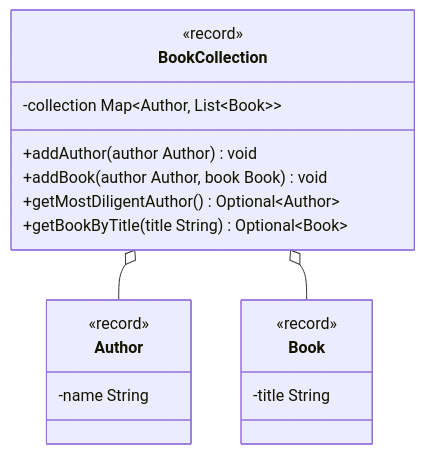
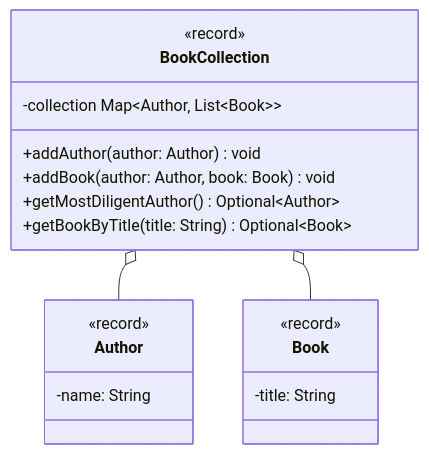
The diagram in docs/exercises/optionals/optionals01.md (jappuccini/java-docs), drawn with Mermaid before and after one commit. The commit also changed 76 other files, not shown here.

Commit message:
uml fixes (colons, properties), headline fixes (italic) and exam result updates

````diff
--- a/docs/exercises/optionals/optionals01.md
+++ b/docs/exercises/optionals/optionals01.md
@@ -14,24 +14,24 @@
 ```mermaid
 classDiagram
     BookCollection o-- Author
     BookCollection o-- Book
 
     class Author {
         <<record>>
-        -name String
+        -name: String
     }
 
     class Book {
         <<record>>
-        -title String
+        -title: String
     }
 
     class BookCollection {
         <<record>>
         -collection Map~Author&sbquo; List~Book~~
-        +addAuthor(author Author) void
-        +addBook(author Author, book Book) void
+        +addAuthor(author: Author) void
+        +addBook(author: Author, book: Book) void
         +getMostDiligentAuthor() Optional~Author~
-        +getBookByTitle(title String) Optional~Book~
+        +getBookByTitle(title: String) Optional~Book~
     }
 ```
````
